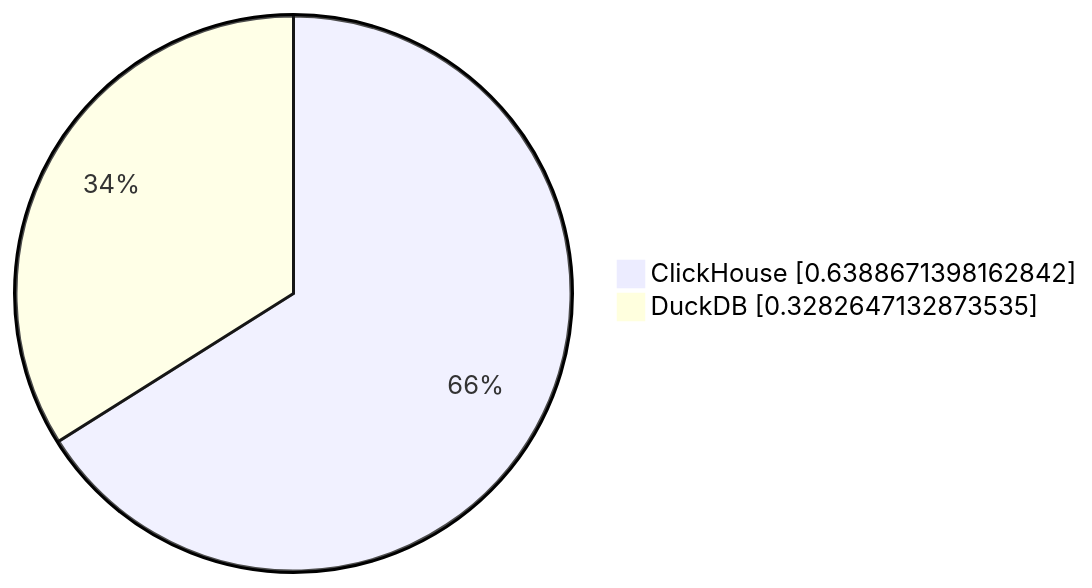
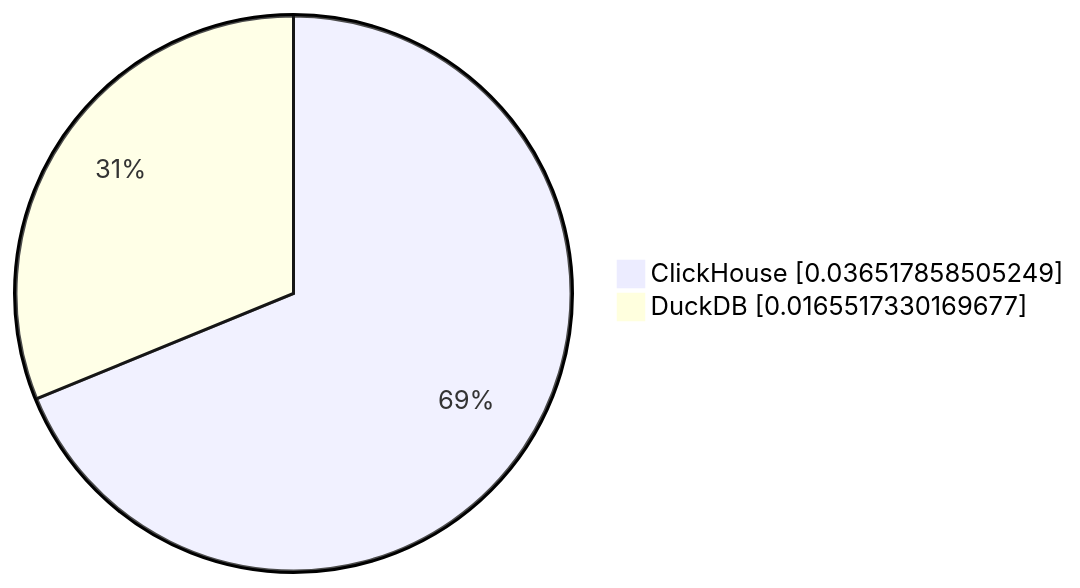
The third of 10 diagrams in parquet/performance/results/README.md (Altinity/clickhouse-regression), drawn with Mermaid before and after one commit. The commit also changed other lines of this file, not shown here.

````diff
--- a/parquet/performance/results/README.md
+++ b/parquet/performance/results/README.md
@@ -30,5 +30,5 @@
 ```mermaid
      pie showData
-         "ClickHouse" : 0.6388671398162842
-         "DuckDB" : 0.3282647132873535
+         "ClickHouse" : 0.036517858505249
+         "DuckDB" : 0.0165517330169677
 ```
````
